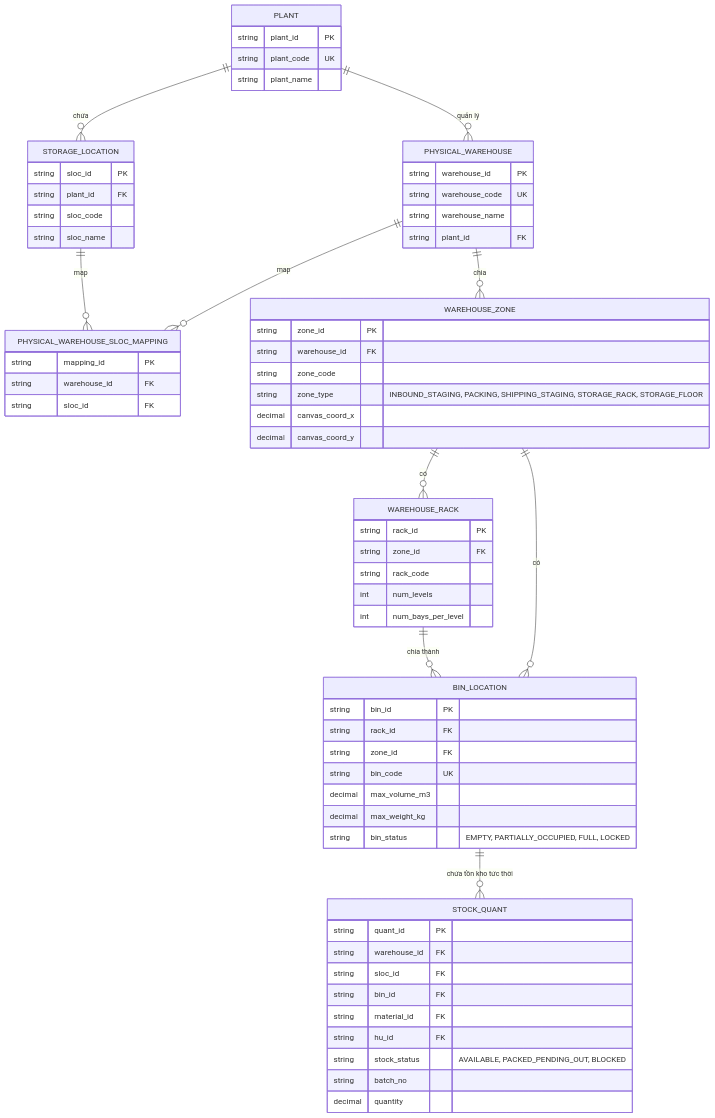
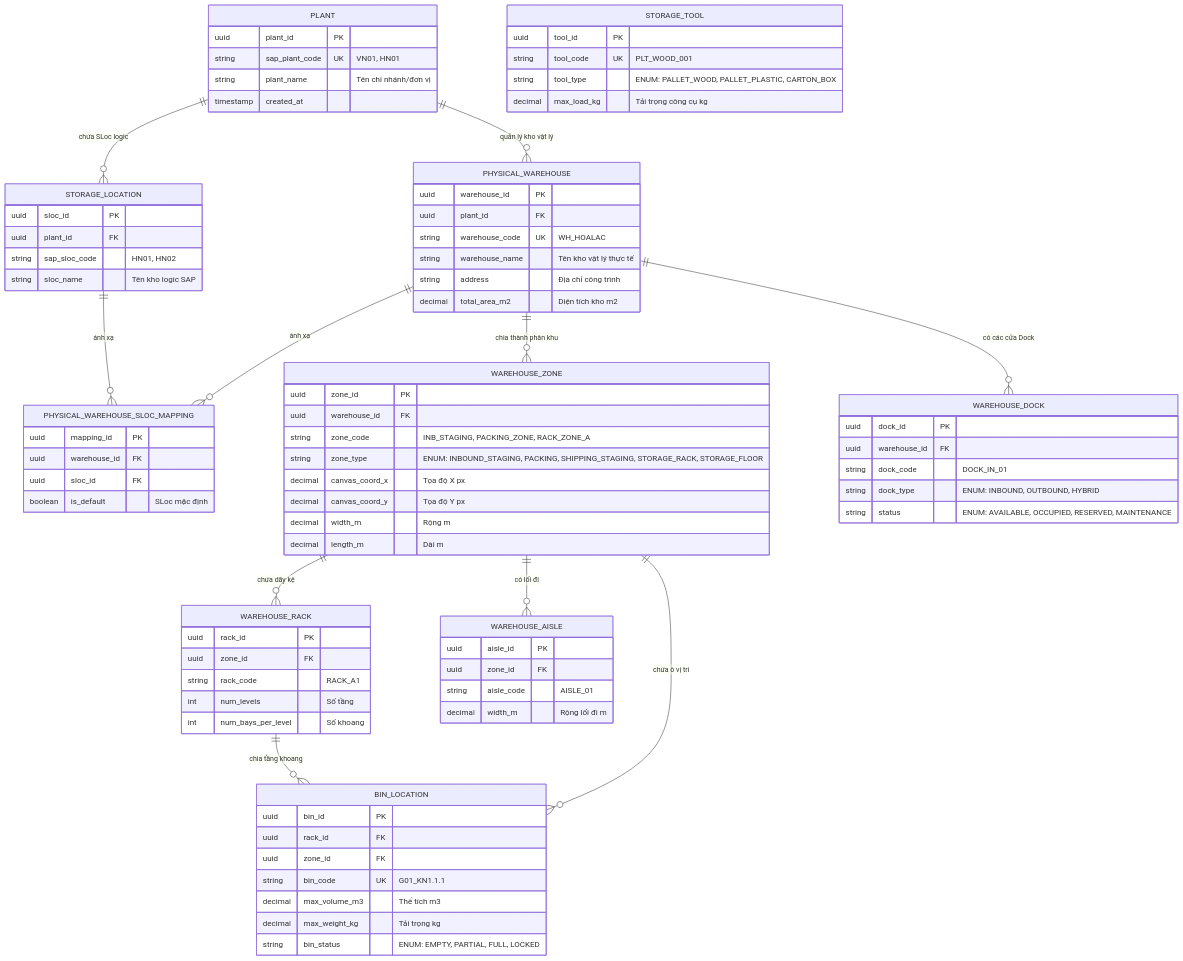
Before and after one commit to EdwardTran04/Project_Management: the second of 6 diagrams in dev/db/01_Entity_Attribute_Dictionary.md, drawn with Mermaid. The commit also changed other lines of this file and 7 other files, not shown here.

Commit message:
feat: initialize project documentation, database architecture, and requirements analysis files

````diff
--- a/dev/db/01_Entity_Attribute_Dictionary.md
+++ b/dev/db/01_Entity_Attribute_Dictionary.md
@@ -159,70 +150,85 @@
 ```mermaid
 erDiagram
     PLANT {
-        string plant_id PK
-        string plant_code UK
-        string plant_name
+        uuid plant_id PK
+        string sap_plant_code UK "VN01, HN01"
+        string plant_name "Tên chi nhánh/đơn vị"
+        timestamp created_at
     }
     STORAGE_LOCATION {
-        string sloc_id PK
-        string plant_id FK
-        string sloc_code
-        string sloc_name
+        uuid sloc_id PK
+        uuid plant_id FK
+        string sap_sloc_code "HN01, HN02"
+        string sloc_name "Tên kho logic SAP"
     }
     PHYSICAL_WAREHOUSE {
-        string warehouse_id PK
-        string warehouse_code UK
-        string warehouse_name
-        string plant_id FK
+        uuid warehouse_id PK
+        uuid plant_id FK
+        string warehouse_code UK "WH_HOALAC"
+        string warehouse_name "Tên kho vật lý thực tế"
+        string address "Địa chỉ công trình"
+        decimal total_area_m2 "Diện tích kho m2"
     }
     PHYSICAL_WAREHOUSE_SLOC_MAPPING {
-        string mapping_id PK
-        string warehouse_id FK
-        string sloc_id FK
+        uuid mapping_id PK
+        uuid warehouse_id FK
+        uuid sloc_id FK
+        boolean is_default "SLoc mặc định"
     }
     WAREHOUSE_ZONE {
-        string zone_id PK
-        string warehouse_id FK
-        string zone_code
-        string zone_type "INBOUND_STAGING, PACKING, SHIPPING_STAGING, STORAGE_RACK, STORAGE_FLOOR"
-        decimal canvas_coord_x
-        decimal canvas_coord_y
+        uuid zone_id PK
+        uuid warehouse_id FK
+        string zone_code "INB_STAGING, PACKING_ZONE, RACK_ZONE_A"
+        string zone_type "ENUM: INBOUND_STAGING, PACKING, SHIPPING_STAGING, STORAGE_RACK, STORAGE_FLOOR"
+        decimal canvas_coord_x "Tọa độ X px"
+        decimal canvas_coord_y "Tọa độ Y px"
+        decimal width_m "Rộng m"
+        decimal length_m "Dài m"
     }
     WAREHOUSE_RACK {
-        string rack_id PK
-        string zone_id FK
-        string rack_code
-        int num_levels
-        int num_bays_per_level
+        uuid rack_id PK
+        uuid zone_id FK
+        string rack_code "RACK_A1"
+        int num_levels "Số tầng"
+        int num_bays_per_level "Số khoang"
     }
     BIN_LOCATION {
-        string bin_id PK
-        string rack_id FK
-        string zone_id FK
-        string bin_code UK
-        decimal max_volume_m3
-        decimal max_weight_kg
-        string bin_status "EMPTY, PARTIALLY_OCCUPIED, FULL, LOCKED"
+        uuid bin_id PK
+        uuid rack_id FK
+        uuid zone_id FK
+        string bin_code UK "G01_KN1.1.1"
+        decimal max_volume_m3 "Thể tích m3"
+        decimal max_weight_kg "Tải trọng kg"
+        string bin_status "ENUM: EMPTY, PARTIAL, FULL, LOCKED"
     }
-    STOCK_QUANT {
-        string quant_id PK
-        string warehouse_id FK
-        string sloc_id FK
-        string bin_id FK
-        string material_id FK
-        string hu_id FK
-        string stock_status "AVAILABLE, PACKED_PENDING_OUT, BLOCKED"
-        string batch_no
-        decimal quantity
+    STORAGE_TOOL {
+        uuid tool_id PK
+        string tool_code UK "PLT_WOOD_001"
+        string tool_type "ENUM: PALLET_WOOD, PALLET_PLASTIC, CARTON_BOX"
+        decimal max_load_kg "Tải trọng công cụ kg"
+    }
+    WAREHOUSE_DOCK {
+        uuid dock_id PK
+        uuid warehouse_id FK
+        string dock_code "DOCK_IN_01"
+        string dock_type "ENUM: INBOUND, OUTBOUND, HYBRID"
+        string status "ENUM: AVAILABLE, OCCUPIED, RESERVED, MAINTENANCE"
+    }
+    WAREHOUSE_AISLE {
+        uuid aisle_id PK
+        uuid zone_id FK
+        string aisle_code "AISLE_01"
+        decimal width_m "Rộng lối đi m"
     }
 
-    PLANT ||--o{ STORAGE_LOCATION : "chứa"
-    PLANT ||--o{ PHYSICAL_WAREHOUSE : "quản lý"
-    PHYSICAL_WAREHOUSE ||--o{ PHYSICAL_WAREHOUSE_SLOC_MAPPING : "map"
-    STORAGE_LOCATION ||--o{ PHYSICAL_WAREHOUSE_SLOC_MAPPING : "map"
-    PHYSICAL_WAREHOUSE ||--o{ WAREHOUSE_ZONE : "chia"
-    WAREHOUSE_ZONE ||--o{ WAREHOUSE_RACK : "có"
-    WAREHOUSE_ZONE ||--o{ BIN_LOCATION : "có"
-    WAREHOUSE_RACK ||--o{ BIN_LOCATION : "chia thành"
-    BIN_LOCATION ||--o{ STOCK_QUANT : "chứa tồn kho tức thời"
+    PLANT ||--o{ STORAGE_LOCATION : "chứa SLoc logic"
+    PLANT ||--o{ PHYSICAL_WAREHOUSE : "quản lý kho vật lý"
+    PHYSICAL_WAREHOUSE ||--o{ PHYSICAL_WAREHOUSE_SLOC_MAPPING : "ánh xạ"
+    STORAGE_LOCATION ||--o{ PHYSICAL_WAREHOUSE_SLOC_MAPPING : "ánh xạ"
+    PHYSICAL_WAREHOUSE ||--o{ WAREHOUSE_ZONE : "chia thành phân khu"
+    PHYSICAL_WAREHOUSE ||--o{ WAREHOUSE_DOCK : "có các cửa Dock"
+    WAREHOUSE_ZONE ||--o{ WAREHOUSE_RACK : "chứa dãy kệ"
+    WAREHOUSE_ZONE ||--o{ WAREHOUSE_AISLE : "có lối đi"
+    WAREHOUSE_ZONE ||--o{ BIN_LOCATION : "chứa ô vị trí"
+    WAREHOUSE_RACK ||--o{ BIN_LOCATION : "chia tầng khoang"
 ```
````
